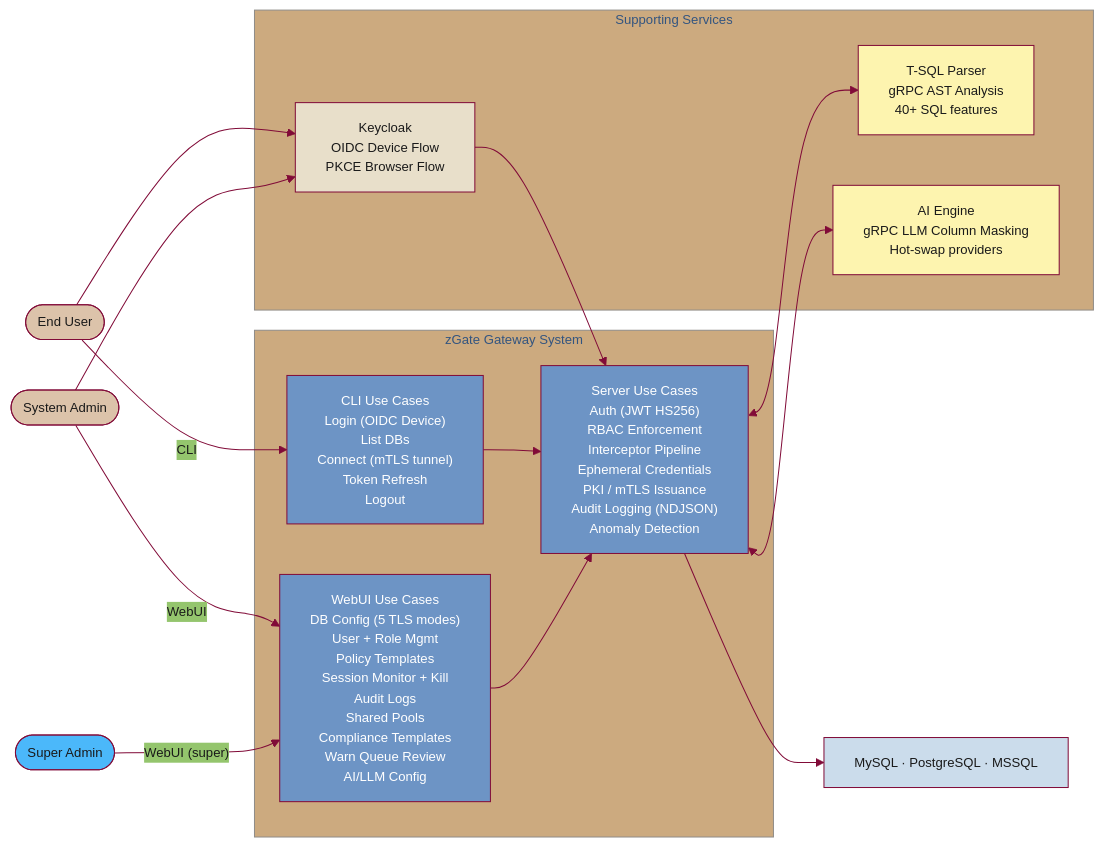
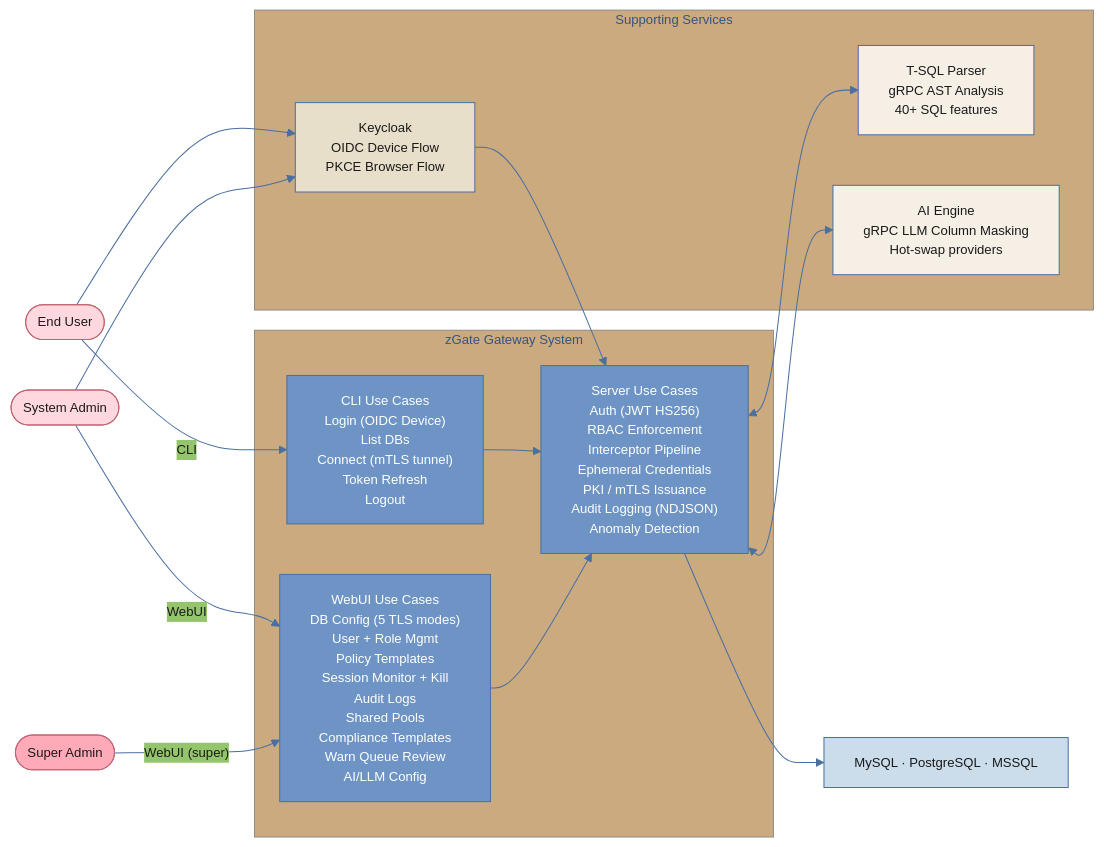
The diagram in diagrams/fig4_4_complete.mmd (lll-michael-lll/Graduation-Project-Documentation), drawn with Mermaid before and after one commit. The commit also changed 20 other files, not shown here.

First line of the commit message:
feat(docs): update diagram palettes, shrink figs 5.3+5.5, concise captions, fix TOC/LOF/LOT

```diff
--- a/diagrams/fig4_4_complete.mmd
+++ b/diagrams/fig4_4_complete.mmd
@@ -1,48 +1,48 @@
 %%{init: {
   "theme": "base",
   "themeVariables": {
     "primaryColor": "#6D94C5",
     "primaryTextColor": "#1a1a1a",
-    "primaryBorderColor": "#810B38",
-    "lineColor": "#810B38",
+    "primaryBorderColor": "#4a6fa0",
+    "lineColor": "#4a6fa0",
     "fontFamily": "Liberation Sans, Arial, sans-serif",
     "fontSize": "13px"
   }
 }}%%
 flowchart LR
-    classDef human   fill:#DCC3AA,stroke:#810B38,color:#1a1a1a
-    classDef super   fill:#4BB8FA,stroke:#810B38,color:#1a1a1a
-    classDef server  fill:#6D94C5,stroke:#810B38,color:#fff
-    classDef sidecar fill:#FDF4AF,stroke:#810B38,color:#1a1a1a
-    classDef db      fill:#CBDCEB,stroke:#810B38,color:#1a1a1a
-    classDef ext     fill:#E8DFCA,stroke:#810B38,color:#1a1a1a
+    classDef human   fill:#FFD8DF,stroke:#c0626e,color:#1a1a1a
+    classDef super   fill:#FFAAB8,stroke:#c0626e,color:#1a1a1a
+    classDef server  fill:#6D94C5,stroke:#4a6fa0,color:#fff
+    classDef sidecar fill:#F5EFE6,stroke:#4a6fa0,color:#1a1a1a
+    classDef db      fill:#CBDCEB,stroke:#4a6fa0,color:#1a1a1a
+    classDef ext     fill:#E8DFCA,stroke:#4a6fa0,color:#1a1a1a
 
     EU(["End User"]):::human
     SYS(["System Admin"]):::human
     SUP(["Super Admin"]):::super
 
     subgraph GW ["zGate Gateway System"]
         CLI_UC["CLI Use Cases\nLogin (OIDC Device)\nList DBs\nConnect (mTLS tunnel)\nToken Refresh\nLogout"]:::server
         WEB_UC["WebUI Use Cases\nDB Config (5 TLS modes)\nUser + Role Mgmt\nPolicy Templates\nSession Monitor + Kill\nAudit Logs\nShared Pools\nCompliance Templates\nWarn Queue Review\nAI/LLM Config"]:::server
         SRV_UC["Server Use Cases\nAuth (JWT HS256)\nRBAC Enforcement\nInterceptor Pipeline\nEphemeral Credentials\nPKI / mTLS Issuance\nAudit Logging (NDJSON)\nAnomaly Detection"]:::server
     end
 
     subgraph SIDECARS ["Supporting Services"]
         TSQL_UC["T-SQL Parser\ngRPC AST Analysis\n40+ SQL features"]:::sidecar
         AI_UC["AI Engine\ngRPC LLM Column Masking\nHot-swap providers"]:::sidecar
         KC_UC["Keycloak\nOIDC Device Flow\nPKCE Browser Flow"]:::ext
     end
 
     DB["MySQL · PostgreSQL · MSSQL"]:::db
 
     EU -->|"CLI"| CLI_UC
     SYS -->|"WebUI"| WEB_UC
     SUP -->|"WebUI (super)"| WEB_UC
     CLI_UC --> SRV_UC
     WEB_UC --> SRV_UC
     SRV_UC --> DB
     SRV_UC <--> TSQL_UC
     SRV_UC <--> AI_UC
     EU --> KC_UC
     SYS --> KC_UC
     KC_UC --> SRV_UC
```
